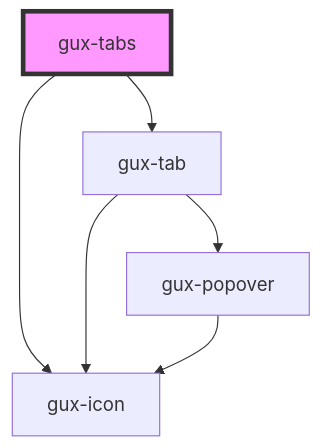
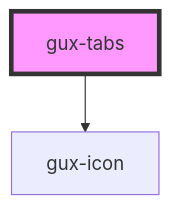
One commit to MyPureCloud/genesys-spark changed the diagram in src/components/gux-tabs/readme.md. Above: the diagram before and after it, drawn with Mermaid. The commit also changed other lines of this file and 19 other files, not shown here.

Commit message:
feat(gux-tabs): finish gux-tabs implementation

````diff
--- a/src/components/gux-tabs/readme.md
+++ b/src/components/gux-tabs/readme.md
@@ -16,9 +23,5 @@
 ```mermaid
 graph TD;
-  gux-tabs --> gux-tab
   gux-tabs --> gux-icon
-  gux-tab --> gux-icon
-  gux-tab --> gux-popover
-  gux-popover --> gux-icon
   style gux-tabs fill:#f9f,stroke:#333,stroke-width:4px
 ```
````
